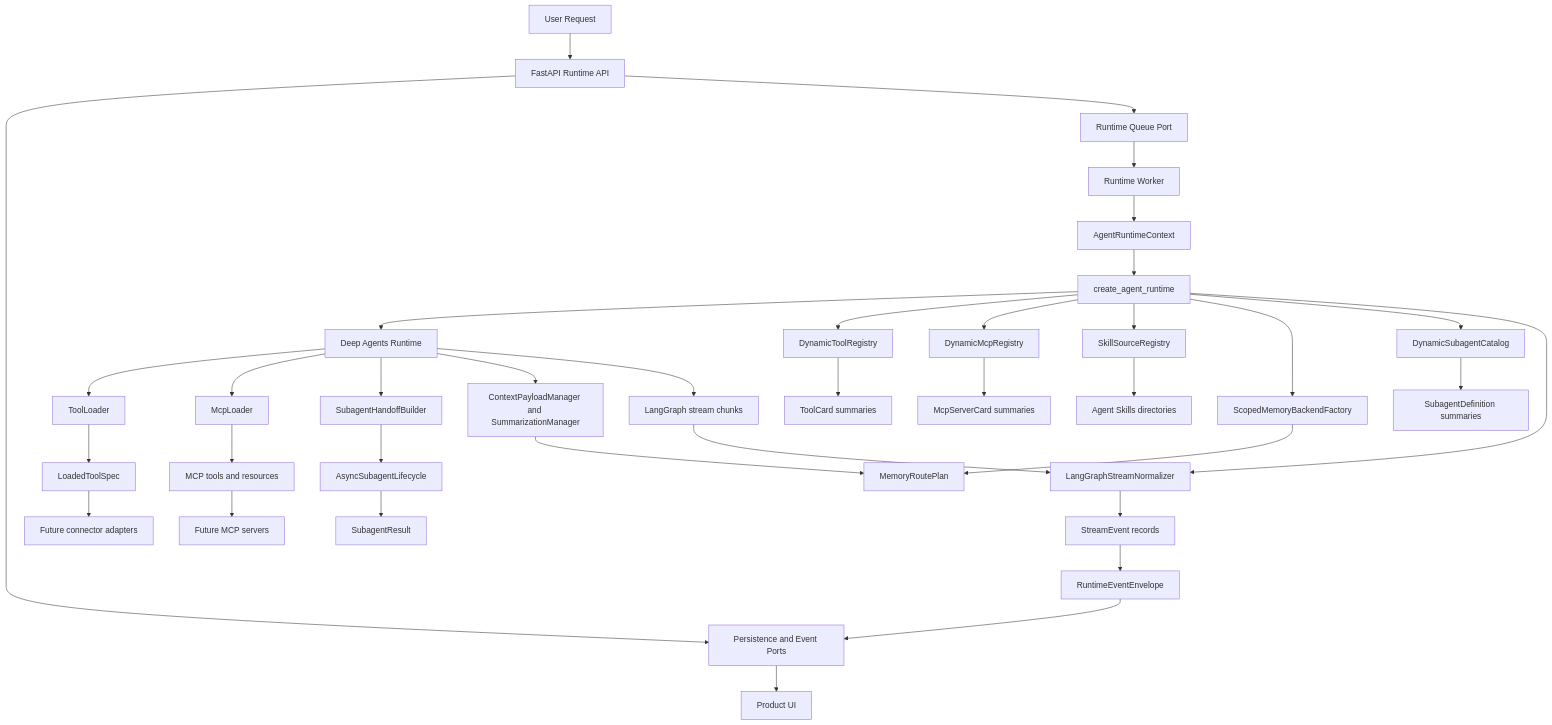
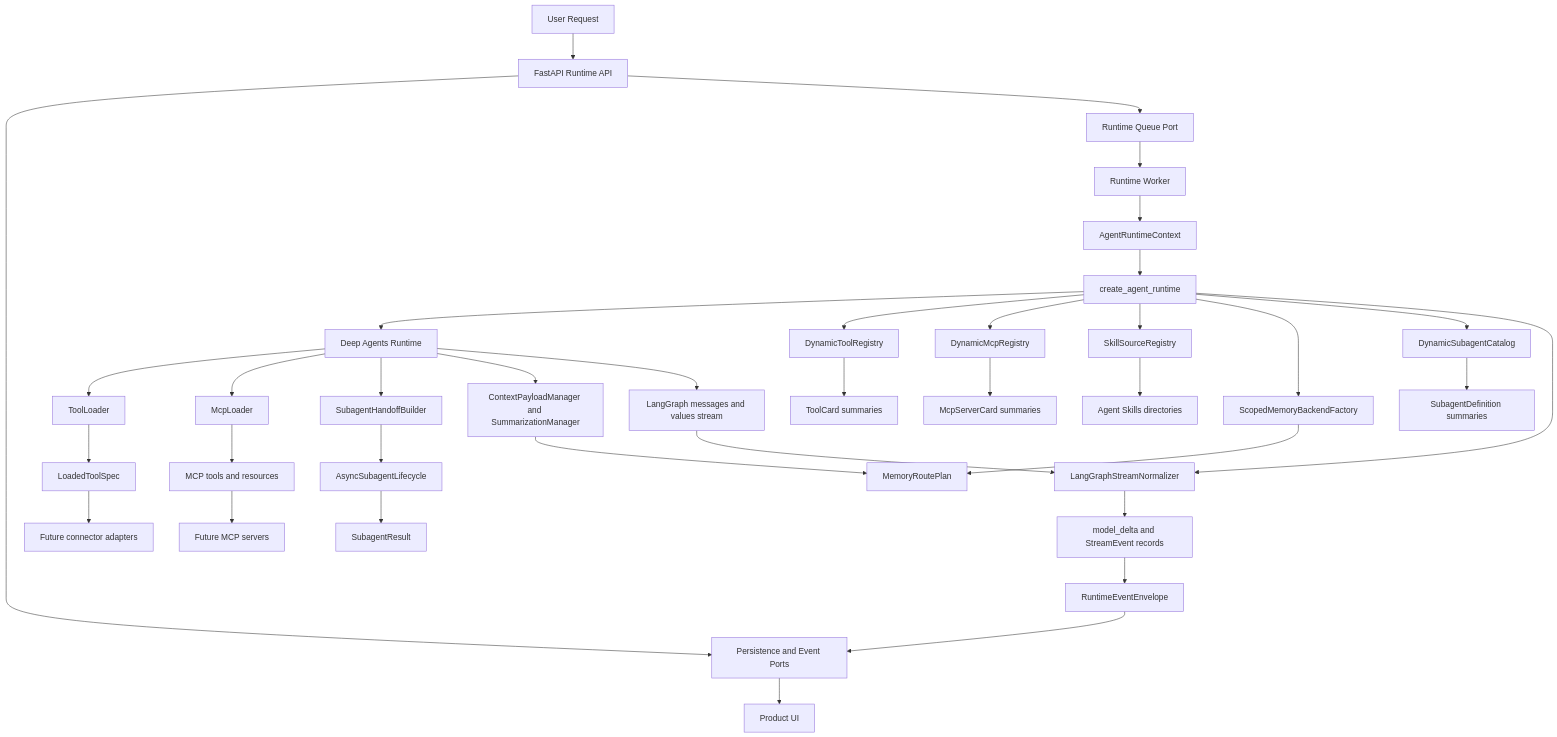
Before and after one commit to 0x-copilot-dev/0x-copilot: the diagram in services/ai-backend/docs/architecture/system-overview.md, drawn with Mermaid. The commit also changed other lines of this file and 8 other files, not shown here.

````diff
--- a/services/ai-backend/docs/architecture/system-overview.md
+++ b/services/ai-backend/docs/architecture/system-overview.md
@@ -11,45 +11,45 @@
 ```mermaid
 flowchart TD
   UserRequest[User Request] --> RuntimeAPI[FastAPI Runtime API]
   RuntimeAPI --> Persistence[Persistence and Event Ports]
   RuntimeAPI --> Queue[Runtime Queue Port]
   Queue --> Worker[Runtime Worker]
   Worker --> RuntimeContext[AgentRuntimeContext]
   RuntimeContext --> RuntimeFactory[create_agent_runtime]
   RuntimeFactory --> DeepAgent[Deep Agents Runtime]
 
   RuntimeFactory --> ToolRegistry[DynamicToolRegistry]
   RuntimeFactory --> McpRegistry[DynamicMcpRegistry]
   RuntimeFactory --> SkillRegistry[SkillSourceRegistry]
   RuntimeFactory --> MemoryFactory[ScopedMemoryBackendFactory]
   RuntimeFactory --> SubagentCatalog[DynamicSubagentCatalog]
   RuntimeFactory --> StreamNormalizer[LangGraphStreamNormalizer]
 
   ToolRegistry --> ToolCards[ToolCard summaries]
   McpRegistry --> McpCards[McpServerCard summaries]
   SkillRegistry --> SkillDirs[Agent Skills directories]
   MemoryFactory --> MemoryRoutes[MemoryRoutePlan]
   SubagentCatalog --> SubagentDefs[SubagentDefinition summaries]
 
   DeepAgent --> ToolLoader[ToolLoader]
   ToolLoader --> LoadedToolSpec[LoadedToolSpec]
   LoadedToolSpec --> ConnectorAdapters[Future connector adapters]
 
   DeepAgent --> McpLoader[McpLoader]
   McpLoader --> McpDescriptors[MCP tools and resources]
   McpDescriptors --> McpServers[Future MCP servers]
 
   DeepAgent --> Handoff[SubagentHandoffBuilder]
   Handoff --> AsyncLifecycle[AsyncSubagentLifecycle]
   AsyncLifecycle --> SubagentResult[SubagentResult]
 
   DeepAgent --> ContextManagers[ContextPayloadManager and SummarizationManager]
   ContextManagers --> MemoryRoutes
 
-  DeepAgent --> RawEvents[LangGraph stream chunks]
+  DeepAgent --> RawEvents[LangGraph messages and values stream]
   RawEvents --> StreamNormalizer
-  StreamNormalizer --> StreamEvents[StreamEvent records]
+  StreamNormalizer --> StreamEvents[model_delta and StreamEvent records]
   StreamEvents --> EventEnvelope[RuntimeEventEnvelope]
   EventEnvelope --> Persistence
   Persistence --> WorkSurfaceUI[Product UI]
 ```
````
